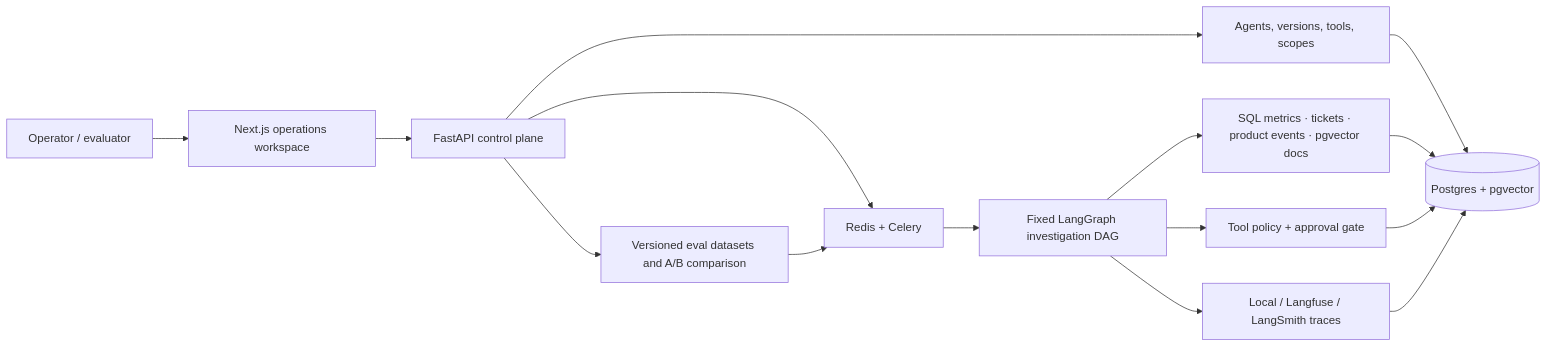
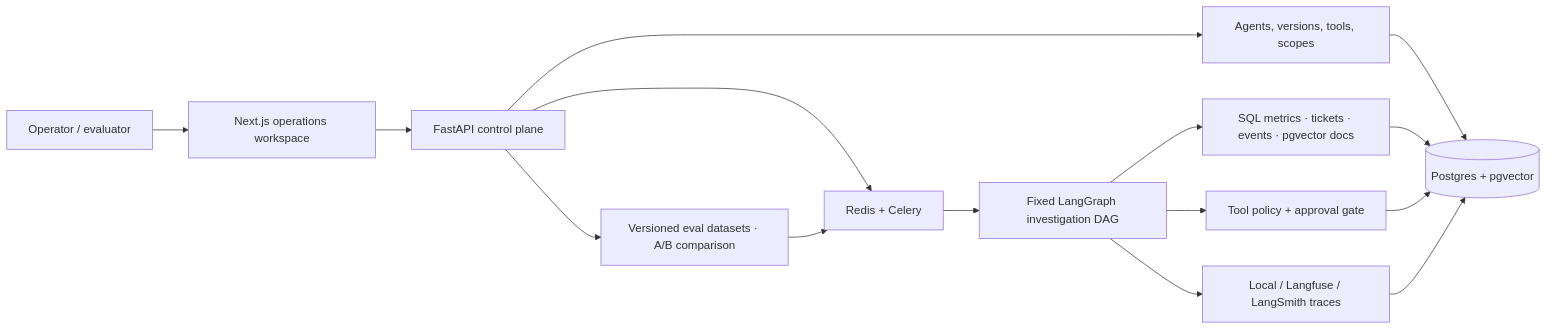
One commit to leihuang23/Ledger changed the diagram in README.md. Above: the diagram before and after it, drawn with Mermaid. The commit also changed other lines of this file, not shown here.

Commit message:
docs: present Ledger as an evidence-backed investigation system

````diff
--- a/README.md
+++ b/README.md
@@ -22,17 +32,17 @@
 ```mermaid
 flowchart LR
     operator["Operator / evaluator"] --> web["Next.js operations workspace"]
     web --> api["FastAPI control plane"]
     api --> registry["Agents, versions, tools, scopes"]
     api --> queue["Redis + Celery"]
     queue --> workflow["Fixed LangGraph investigation DAG"]
-    workflow --> evidence["SQL metrics · tickets · product events · pgvector docs"]
+    workflow --> evidence["SQL metrics · tickets · events · pgvector docs"]
     workflow --> safety["Tool policy + approval gate"]
     workflow --> traces["Local / Langfuse / LangSmith traces"]
     registry --> postgres[("Postgres + pgvector")]
     evidence --> postgres
     safety --> postgres
     traces --> postgres
-    api --> evals["Versioned eval datasets and A/B comparison"]
+    api --> evals["Versioned eval datasets · A/B comparison"]
     evals --> queue
 ```
````
